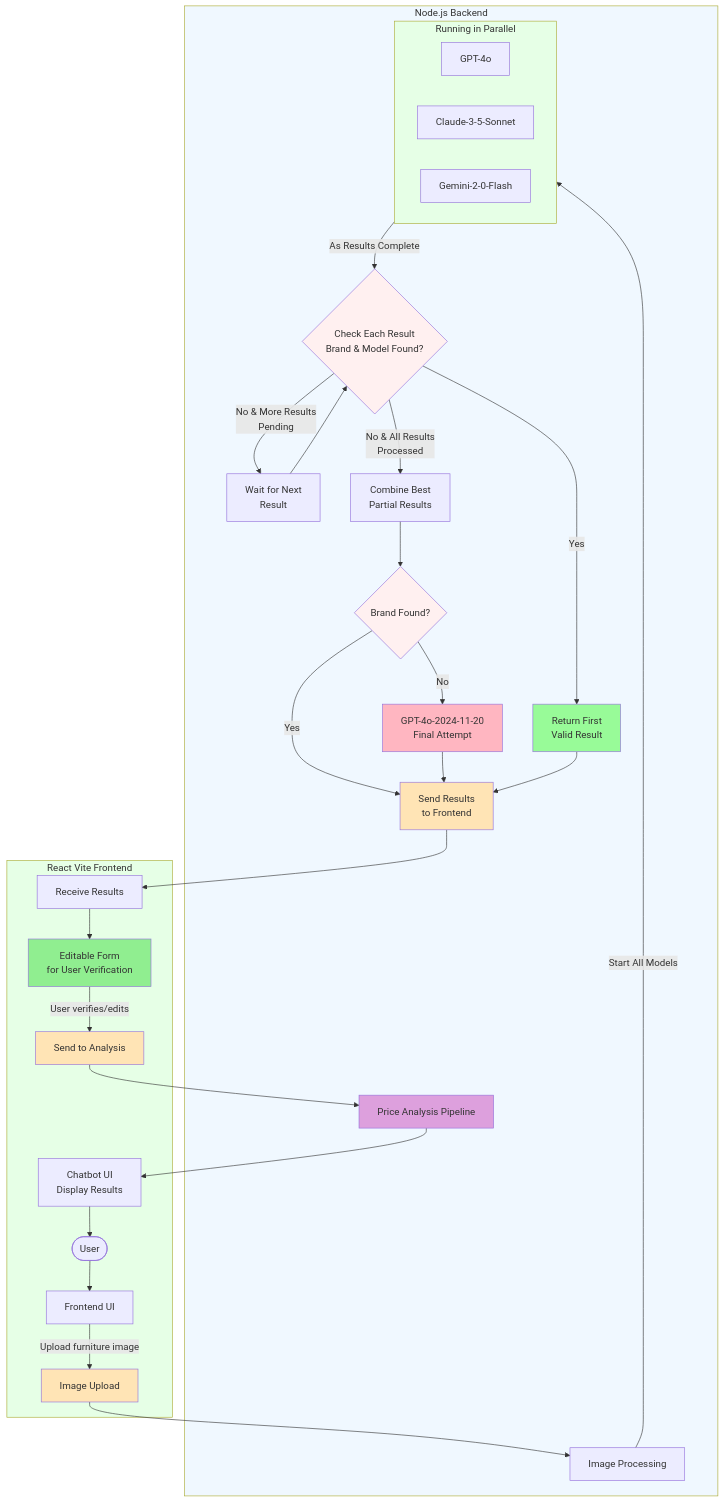
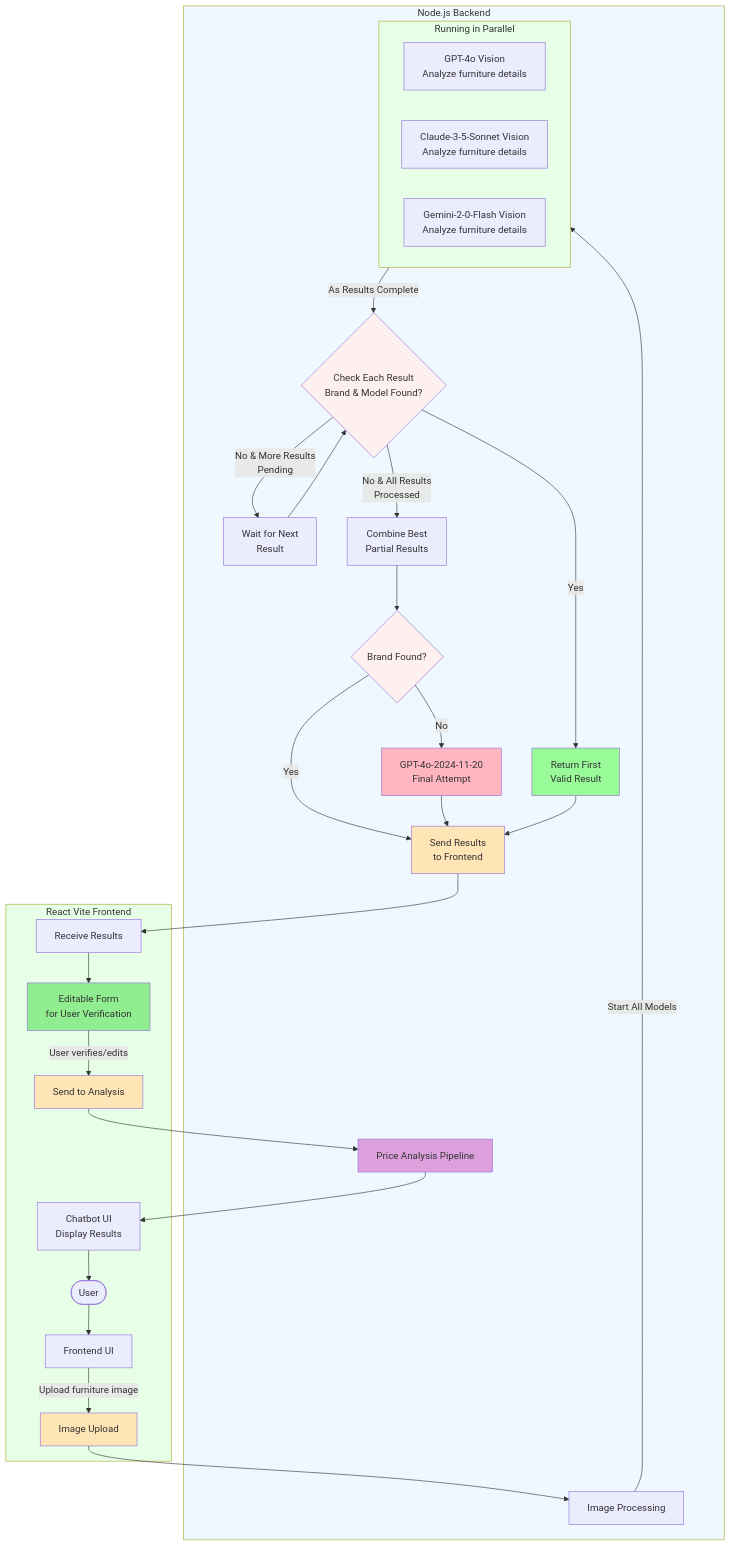
Before and after one commit to team-alya/kaluste-backend: the first of 2 diagrams in README.md, drawn with Mermaid.

Commit message:
update flowchart

````diff
--- a/README.md
+++ b/README.md
@@ -244,58 +244,58 @@
 ```mermaid
 flowchart TD
     User([User])
 
     subgraph FrontendProcessing[React Vite Frontend]
         User --> FrontendUI[Frontend UI]
         FrontendUI -->|Upload furniture image| ImageUpload[Image Upload]
         ResultsReceived[Receive Results] --> EditableForm[Editable Form<br>for User Verification]
         EditableForm -->|User verifies/edits| SendToAnalysis[Send to Analysis]
         Chatbot[Chatbot UI<br>Display Results] --> User
     end
 
     ImageUpload --> ImageProcess[Image Processing]
 
     subgraph NodeBackend[Node.js Backend]
         ImageProcess --> |Start All Models| AsyncModels[Async Vision Models]
 
         subgraph AsyncModels[Running in Parallel]
             direction LR
-            GPT4[GPT-4o]
-            Claude[Claude-3-5-Sonnet]
-            Gemini[Gemini-2-0-Flash]
+            GPT4[GPT-4o Vision<br>Analyze furniture details]
+            Claude[Claude-3-5-Sonnet Vision<br>Analyze furniture details]
+            Gemini[Gemini-2-0-Flash Vision<br>Analyze furniture details]
         end
 
         AsyncModels --> |As Results Complete| ResultCheck{Check Each Result<br>Brand & Model Found?}
 
         ResultCheck -->|Yes| StopAndUse[Return First<br>Valid Result]
         ResultCheck -->|No & More Results<br>Pending| WaitNext[Wait for Next<br>Result]
         WaitNext --> ResultCheck
 
         ResultCheck -->|No & All Results<br>Processed| CombineResults[Combine Best<br>Partial Results]
 
         CombineResults --> CheckBrand{Brand Found?}
         CheckBrand -->|Yes| SendToFrontend[Send Results<br>to Frontend]
         CheckBrand -->|No| FinalGPT4[GPT-4o-2024-11-20<br>Final Attempt]
         FinalGPT4 --> SendToFrontend
 
         StopAndUse --> SendToFrontend
         
         SendToFrontend --> ResultsReceived
         
         SendToAnalysis --> PriceAnalysis[Price Analysis Pipeline]
         PriceAnalysis --> Chatbot
     end
 
     style NodeBackend fill:#f0f8ff
     style FrontendProcessing fill:#e6ffe6
     style AsyncModels fill:#e6ffe6
     style ResultCheck fill:#fff0f0
     style EditableForm fill:#90EE90
     style StopAndUse fill:#98FB98
     style FinalGPT4 fill:#FFB6C1
     style CheckBrand fill:#fff0f0
     style PriceAnalysis fill:#DDA0DD
     style SendToFrontend fill:#FFE4B5
     style ImageUpload fill:#FFE4B5
     style SendToAnalysis fill:#FFE4B5
 ```
````
